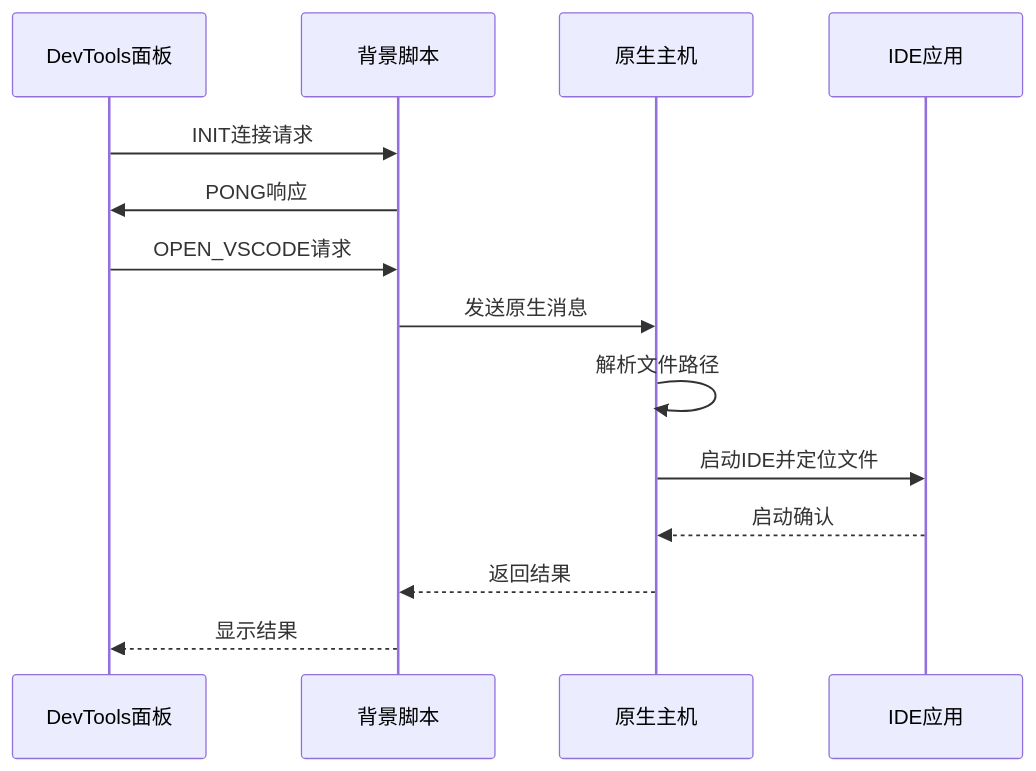
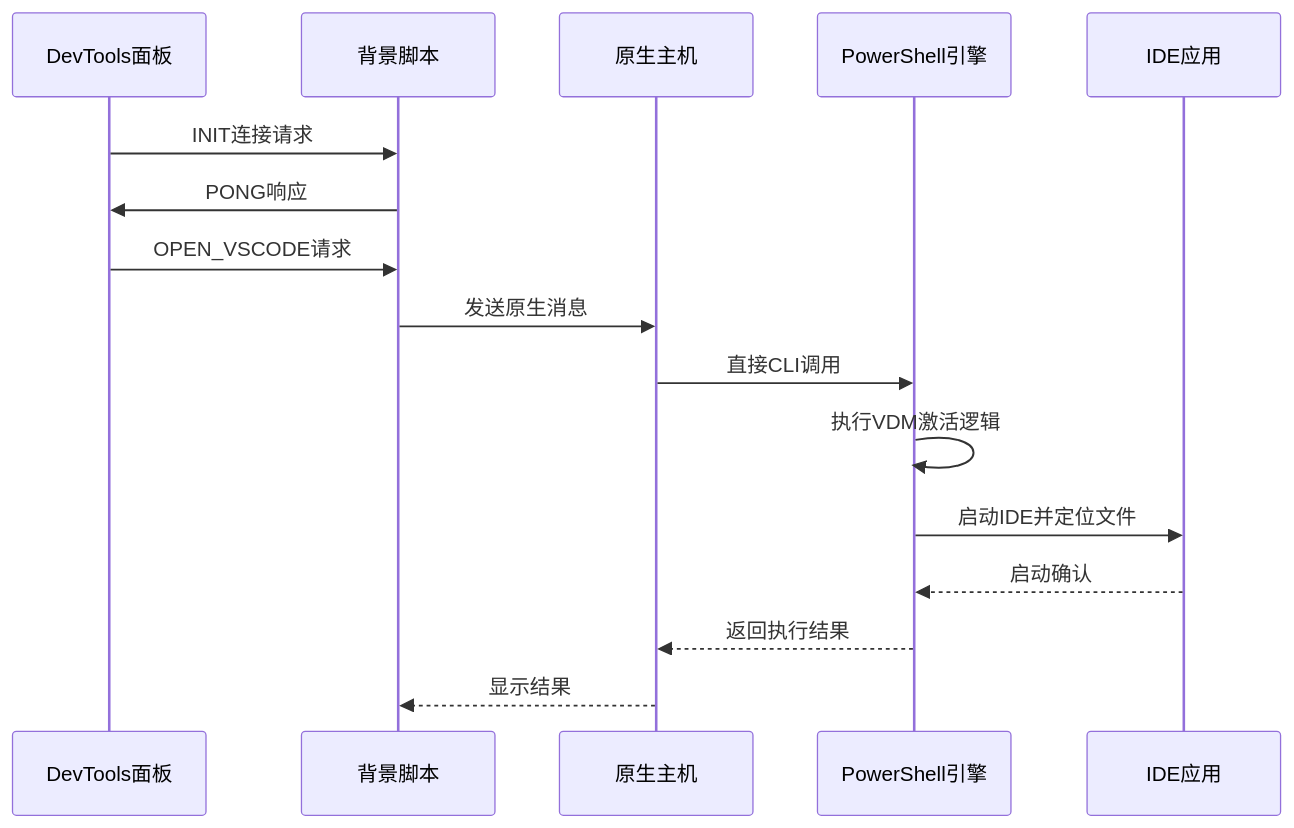
Before and after one commit to wangys-123doit/hotkey: the second of 10 diagrams in .qoder/repowiki/zh/content/外部工具集成/DevTools VS Code 开发者工具集成系统.md, drawn with Mermaid. The commit also changed other lines of this file and 9 other files, not shown here.

First line of the commit message:
feat(native-host): 简化原生主机中Chrome窗口检测逻辑并新增PWA进程判断

````diff
--- a/.qoder/repowiki/zh/content/外部工具集成/DevTools VS Code 开发者工具集成系统.md
+++ b/.qoder/repowiki/zh/content/外部工具集成/DevTools VS Code 开发者工具集成系统.md
@@ -118,16 +127,18 @@
 ```mermaid
 sequenceDiagram
 participant DevTools as DevTools面板
 participant Background as 背景脚本
 participant NativeHost as 原生主机
+participant PowerShell as PowerShell引擎
 participant IDE as IDE应用
 DevTools->>Background : INIT连接请求
 Background->>DevTools : PONG响应
 DevTools->>Background : OPEN_VSCODE请求
 Background->>NativeHost : 发送原生消息
-NativeHost->>NativeHost : 解析文件路径
-NativeHost->>IDE : 启动IDE并定位文件
-IDE-->>NativeHost : 启动确认
-NativeHost-->>Background : 返回结果
-Background-->>DevTools : 显示结果
+NativeHost->>PowerShell : 直接CLI调用
+PowerShell->>PowerShell : 执行VDM激活逻辑
+PowerShell->>IDE : 启动IDE并定位文件
+IDE-->>PowerShell : 启动确认
+PowerShell-->>NativeHost : 返回执行结果
+NativeHost-->>Background : 显示结果
 ```
````
